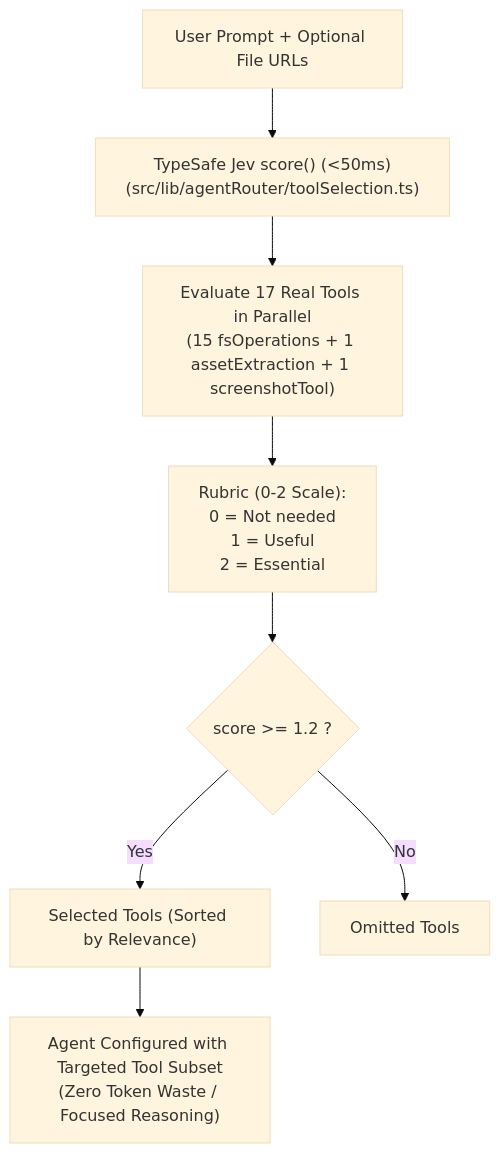
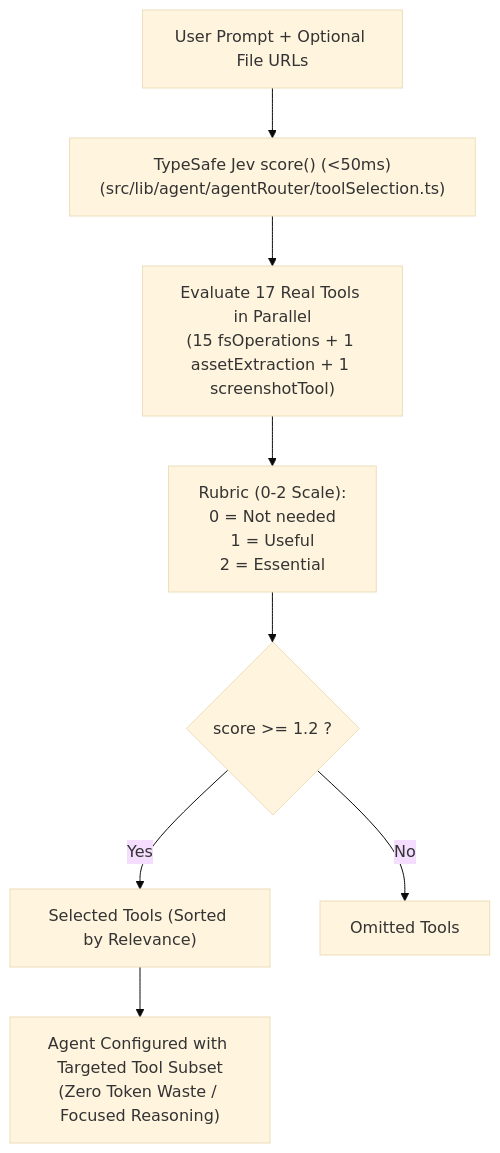
Before and after one commit to keplar-404/relie-deep-agent: the third of 8 diagrams in README.md, drawn with Mermaid (base theme). The commit also changed other lines of this file and 24 other files, not shown here.

````diff
--- a/README.md
+++ b/README.md
@@ -292,10 +292,10 @@
 ```mermaid
 flowchart TD
-    Prompt["User Prompt + Optional File URLs"] --> Jev["TypeSafe Jev score() (<50ms)\n(src/lib/agentRouter/toolSelection.ts)"]
+    Prompt["User Prompt + Optional File URLs"] --> Jev["TypeSafe Jev score() (<50ms)\n(src/lib/agent/agentRouter/toolSelection.ts)"]
     Jev --> ToolEval["Evaluate 17 Real Tools in Parallel\n(15 fsOperations + 1 assetExtraction + 1 screenshotTool)"]
     ToolEval --> Scoring["Rubric (0-2 Scale):\n0 = Not needed\n1 = Useful\n2 = Essential"]
     Scoring --> Cutoff{"score >= 1.2 ?"}
     Cutoff -- Yes --> Keep["Selected Tools (Sorted by Relevance)"]
     Cutoff -- No --> Discard["Omitted Tools"]
     Keep --> AgentInit["Agent Configured with Targeted Tool Subset\n(Zero Token Waste / Focused Reasoning)"]
 ```
````
